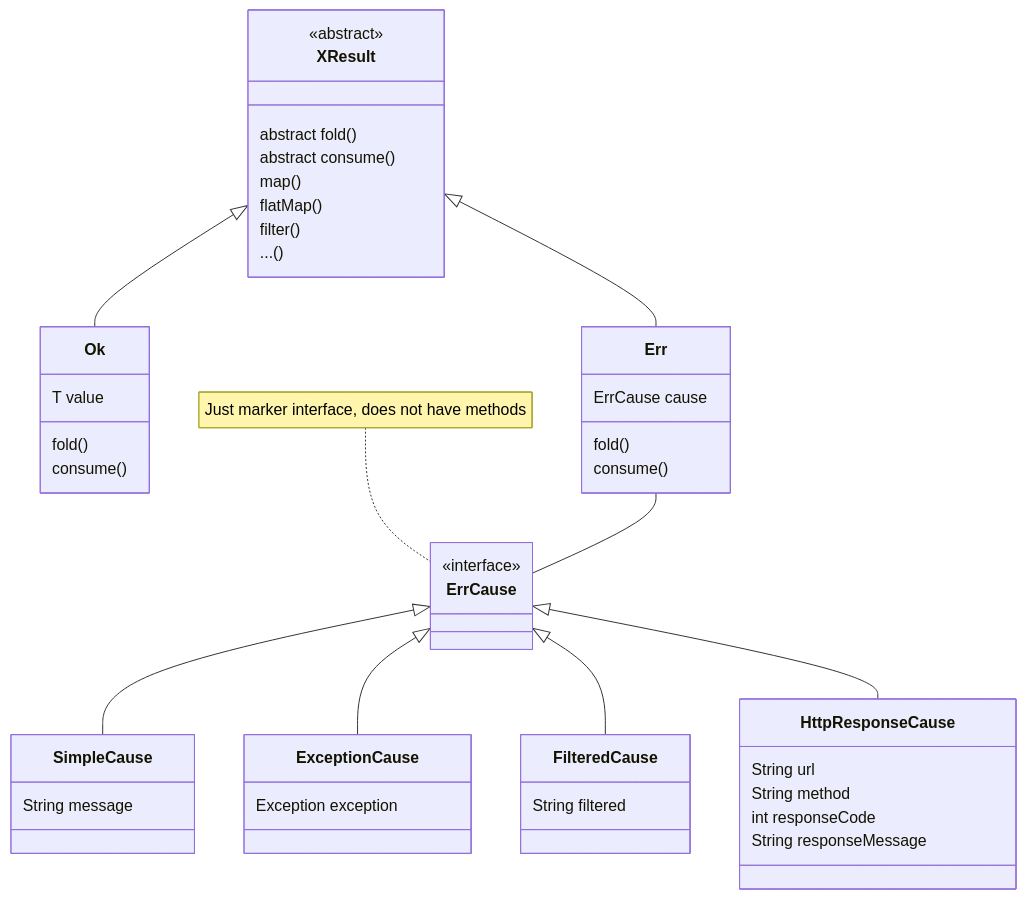
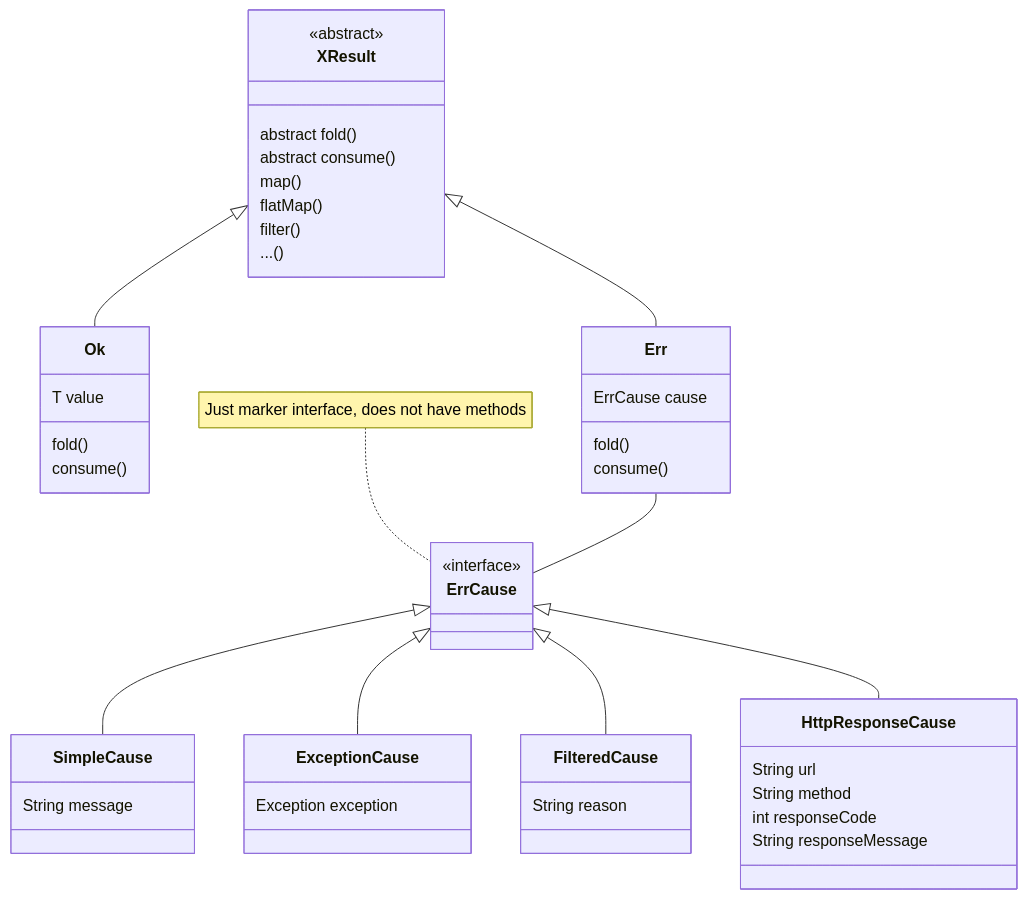
One commit to skopylov58/java-extended-result-monad changed the diagram in README.md. Above: the diagram before and after it, drawn with Mermaid. The commit also changed 2 other files, not shown here.

Commit message:
refactor:

````diff
--- a/README.md
+++ b/README.md
@@ -4,59 +4,59 @@
 ```mermaid
 classDiagram
     XResult <|-- Ok
     XResult <|-- Err
     Err -- ErrCause
     
     ErrCause <|-- SimpleCause
     ErrCause <|-- ExceptionCause
     ErrCause <|-- FilteredCause
     ErrCause <|-- HttpResponseCause
 
     note for ErrCause "Just marker interface, does not have methods"
 
     class XResult~T~ {
         <<abstract>>
         abstract fold()
         abstract consume()
         map()
         flatMap()
         filter()
         ...()
 
     }
     
     class Ok ~T~ {
       T value
       fold()
       consume()
     }
     
     class Err{
       ErrCause cause
       fold()
       consume()
     }
 
     class ErrCause{
         <<interface>>
     }
 
     class SimpleCause{
         String message
     }
 
     class ExceptionCause {
         Exception exception
     }
 
     class FilteredCause {
-        String filtered
+        String reason
     }
 
     class HttpResponseCause {
         String url
         String method
         int responseCode
         String responseMessage
     }
 ```
````
